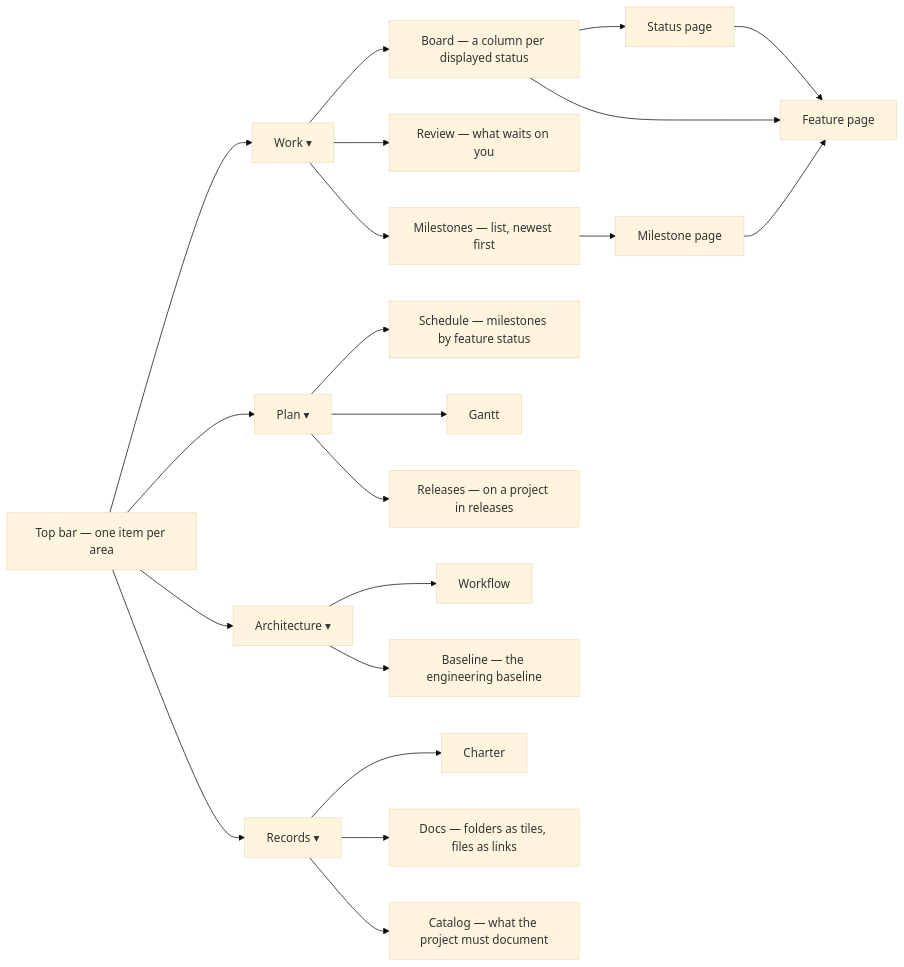
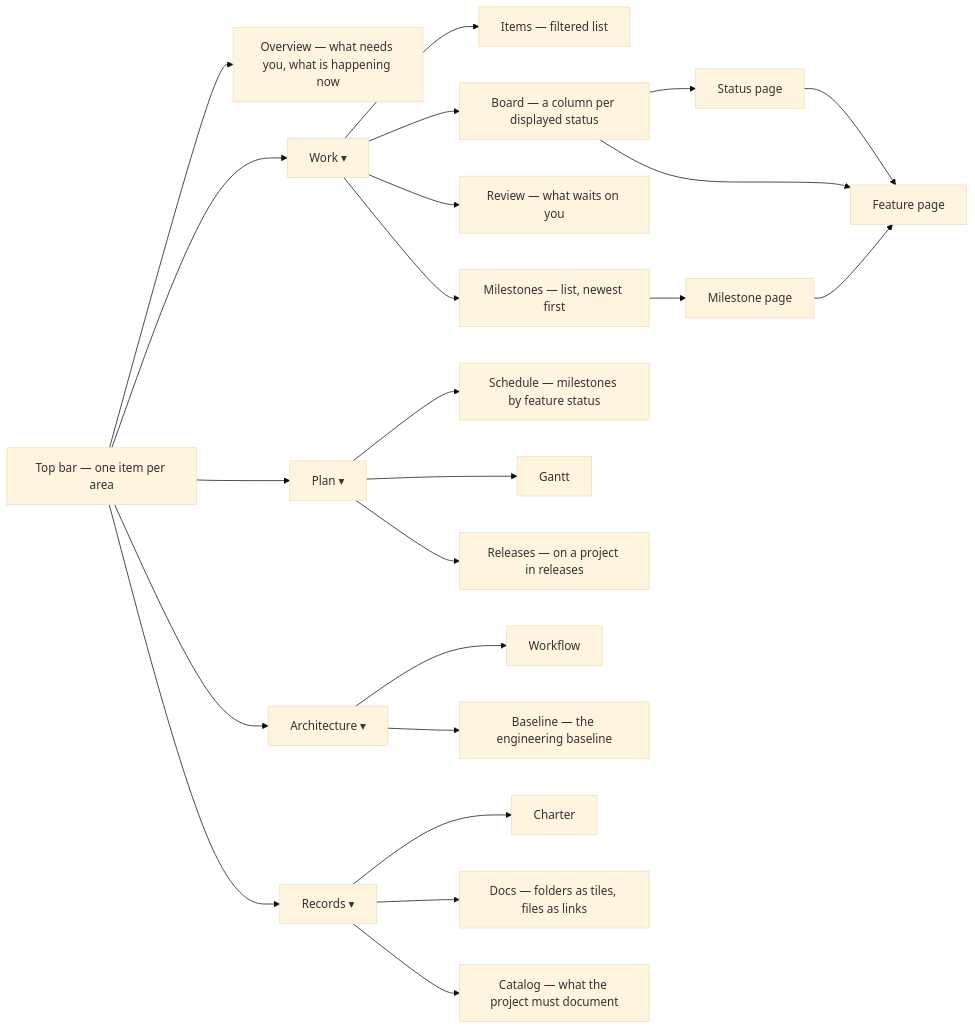
The diagram in docs/guide/using/the-monitor.md (startr-trade/kanbanr), drawn with Mermaid (base theme) before and after one commit. The commit also changed other lines of this file and 4 other files, not shown here.

First line of the commit message:
docs: the Overview, Needs you and Items in the monitor guide, the three routes' prose, the skill line and the changelog (FTR-048)

````diff
--- a/docs/guide/using/the-monitor.md
+++ b/docs/guide/using/the-monitor.md
@@ -275,40 +275,43 @@
 ```mermaid
 flowchart LR
   Bar["Top bar — one item per area"]
   Work["Work ▾"]
   Plan["Plan ▾"]
   Arch["Architecture ▾"]
   Rec["Records ▾"]
   Board["Board — a column per displayed status"]
   Review["Review — what waits on you"]
   Ms["Milestones — list, newest first"]
   Sched["Schedule — milestones by feature status"]
   Gantt["Gantt"]
   Rel["Releases — on a project in releases"]
   Wf["Workflow"]
   Base["Baseline — the engineering baseline"]
   Charter["Charter"]
   Docs["Docs — folders as tiles, files as links"]
   Cat["Catalog — what the project must document"]
   Status["Status page"]
   Feature["Feature page"]
   MsOne["Milestone page"]
+  Over["Overview — what needs you, what is happening now"]
+  Bar --> Over
   Bar --> Work
+  Work --> Items["Items — filtered list"]
   Bar --> Plan
   Bar --> Arch
   Bar --> Rec
   Work --> Board
   Work --> Review
   Work --> Ms
   Plan --> Sched
   Plan --> Gantt
   Plan --> Rel
   Arch --> Wf
   Arch --> Base
   Rec --> Charter
   Rec --> Docs
   Rec --> Cat
   Board --> Status --> Feature
   Board --> Feature
   Ms --> MsOne --> Feature
 ```
````
